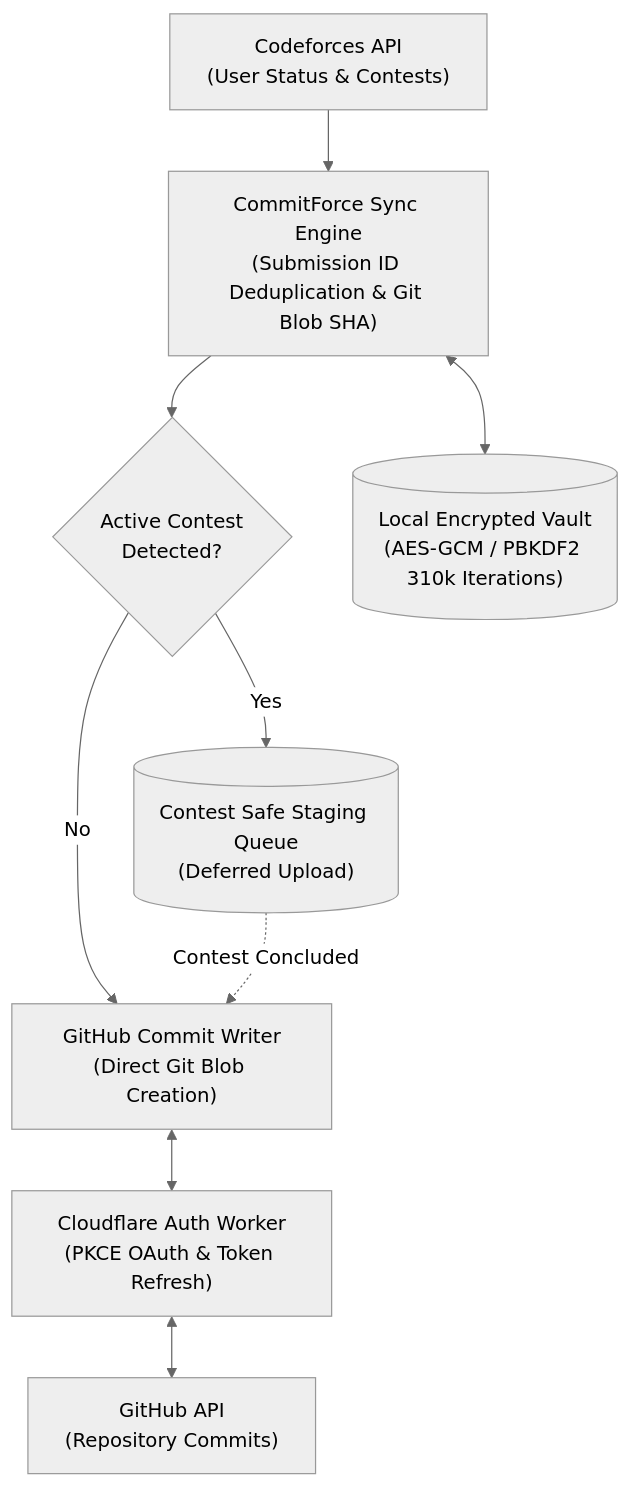
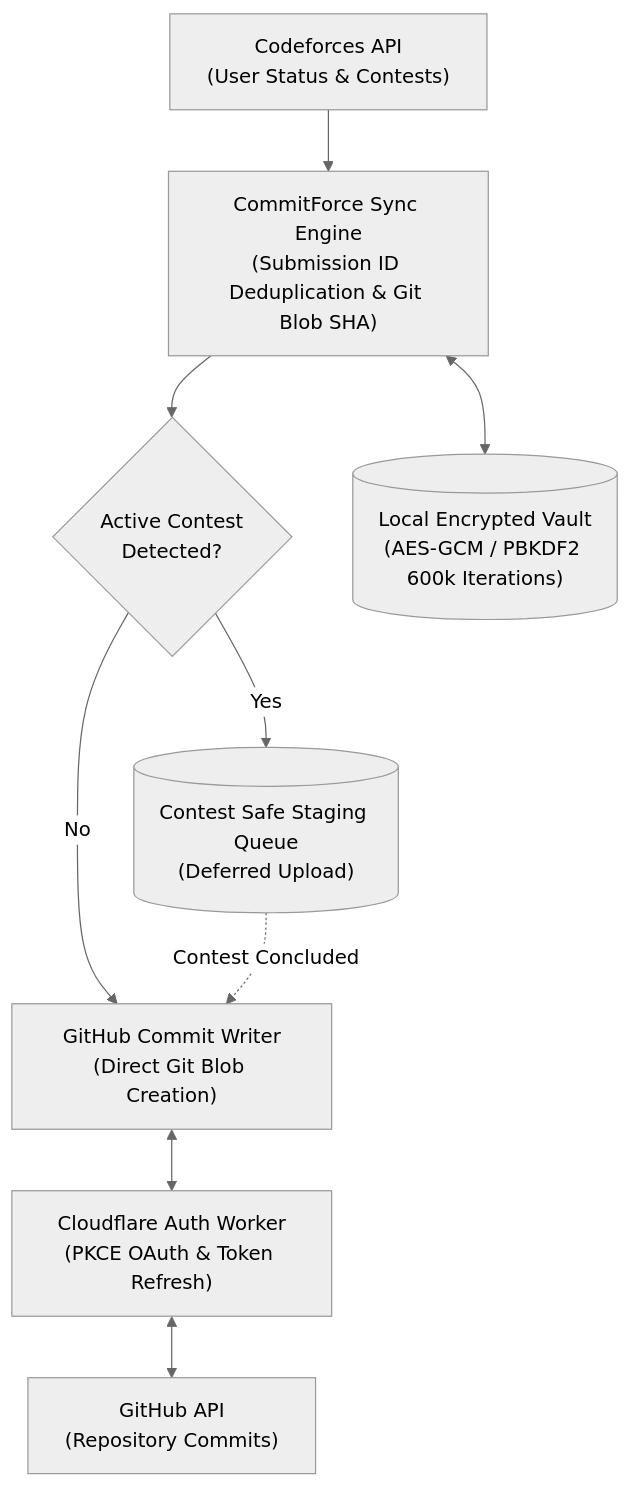
Before and after one commit to F0RREALTHO/codeforces-github-sync: the diagram in README.md, drawn with Mermaid (neutral theme). The commit also changed other lines of this file and 6 other files, not shown here.

````diff
--- a/README.md
+++ b/README.md
@@ -174,11 +174,11 @@
 ```mermaid
 flowchart TD
     CF["Codeforces API\n(User Status & Contests)"] --> Engine["CommitForce Sync Engine\n(Submission ID Deduplication & Git Blob SHA)"]
     ContestGuard{"Active Contest\nDetected?"} -->|Yes| Queue[("Contest Safe Staging Queue\n(Deferred Upload)")]
     ContestGuard -->|No| Writer["GitHub Commit Writer\n(Direct Git Blob Creation)"]
     Queue -.->|Contest Concluded| Writer
     Engine --> ContestGuard
-    Engine <--> Vault[("Local Encrypted Vault\n(AES-GCM / PBKDF2 310k Iterations)")]
+    Engine <--> Vault[("Local Encrypted Vault\n(AES-GCM / PBKDF2 600k Iterations)")]
     Writer <--> Worker["Cloudflare Auth Worker\n(PKCE OAuth & Token Refresh)"]
     Worker <--> GH["GitHub API\n(Repository Commits)"]
 ```
````
